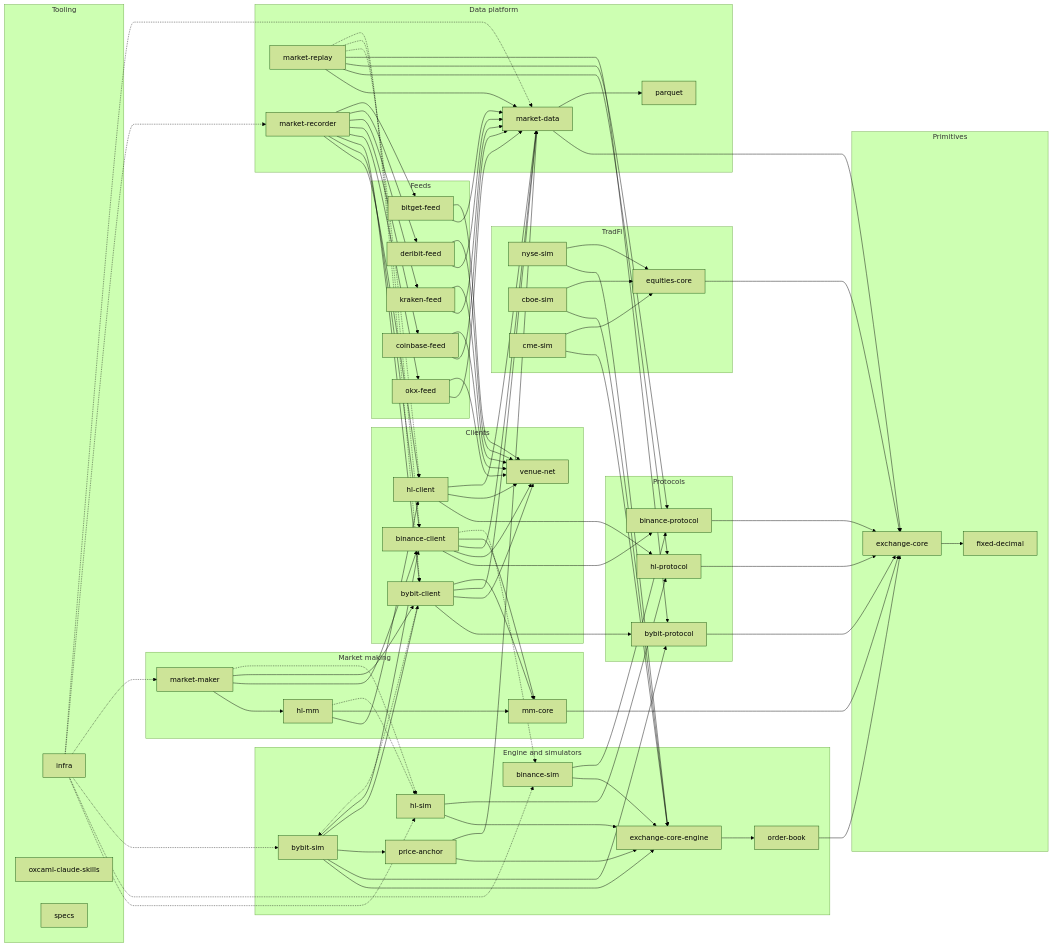
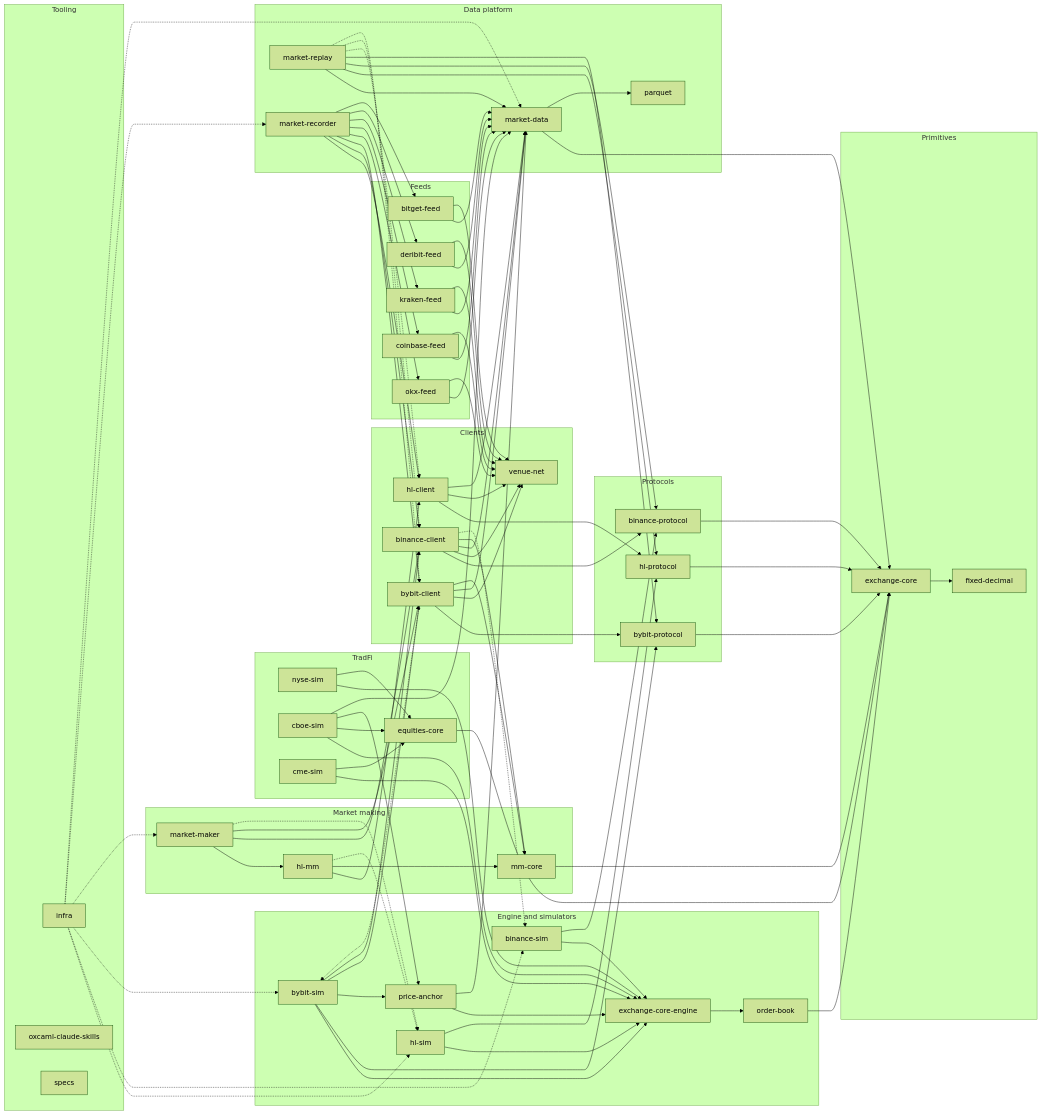
One commit to winterchill-trading/specs changed the first of 2 diagrams in overview.md. Above: the diagram before and after it, drawn with Mermaid (forest theme). The commit also changed 3 other files, not shown here.

Commit message:
docs: cboe-sim price anchor flags, LULD reference and status

```diff
--- a/overview.md
+++ b/overview.md
@@ -148,6 +148,8 @@
   nyse_sim --> equities_core
   cboe_sim --> engine_pkg
   cboe_sim --> equities_core
+  cboe_sim --> price_anchor
+  cboe_sim --> market_data
   cme_sim --> engine_pkg
   cme_sim --> equities_core
   okx_feed --> market_data
```
